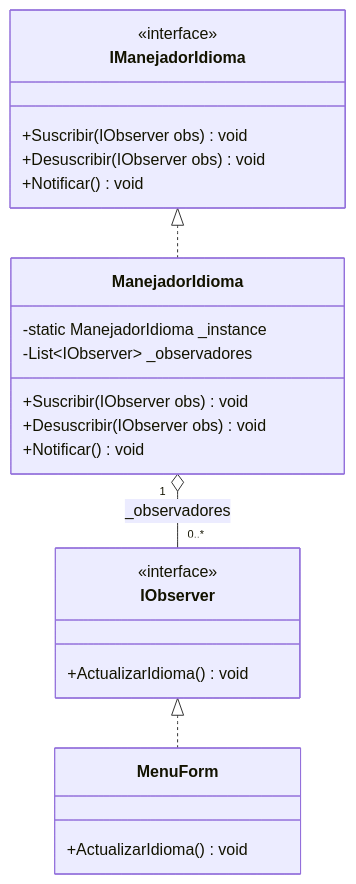
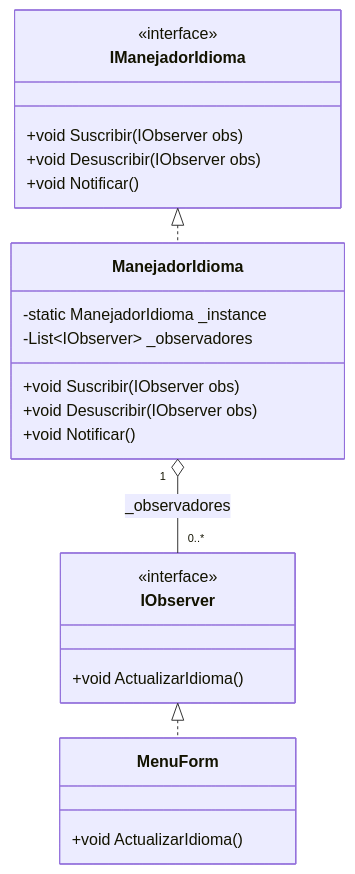
Before and after one commit to LautiSmyth/Stach: diagram 17 of 25 in Documentacion/diagrams_code.md, drawn with Mermaid. The commit also changed other lines of this file, not shown here.

Commit message:
Doc: Format all Mermaid diagrams to match student ELK configuration layout and standard C# member type/name declarations

````diff
--- a/Documentacion/diagrams_code.md
+++ b/Documentacion/diagrams_code.md
@@ -430,26 +472,30 @@
 ```mermaid
+---
+config:
+  layout: elk
+---
 classDiagram
     class IObserver {
         <<interface>>
-        +ActualizarIdioma() void
+        +void ActualizarIdioma()
     }
     class IManejadorIdioma {
         <<interface>>
-        +Suscribir(IObserver obs) void
-        +Desuscribir(IObserver obs) void
-        +Notificar() void
+        +void Suscribir(IObserver obs)
+        +void Desuscribir(IObserver obs)
+        +void Notificar()
     }
     class ManejadorIdioma {
         -static ManejadorIdioma _instance
         -List~IObserver~ _observadores
-        +Suscribir(IObserver obs) void
-        +Desuscribir(IObserver obs) void
-        +Notificar() void
+        +void Suscribir(IObserver obs)
+        +void Desuscribir(IObserver obs)
+        +void Notificar()
     }
     class MenuForm {
-        +ActualizarIdioma() void
+        +void ActualizarIdioma()
     }
     IManejadorIdioma <|.. ManejadorIdioma
     IObserver <|.. MenuForm
     ManejadorIdioma "1" o-- "0..*" IObserver : _observadores
 ```
````
